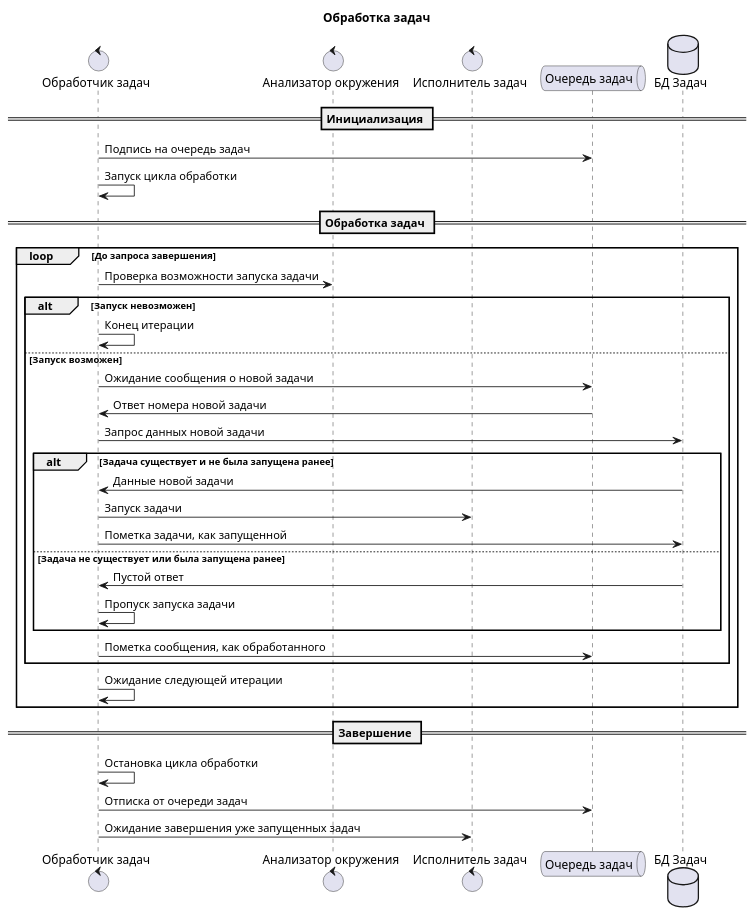
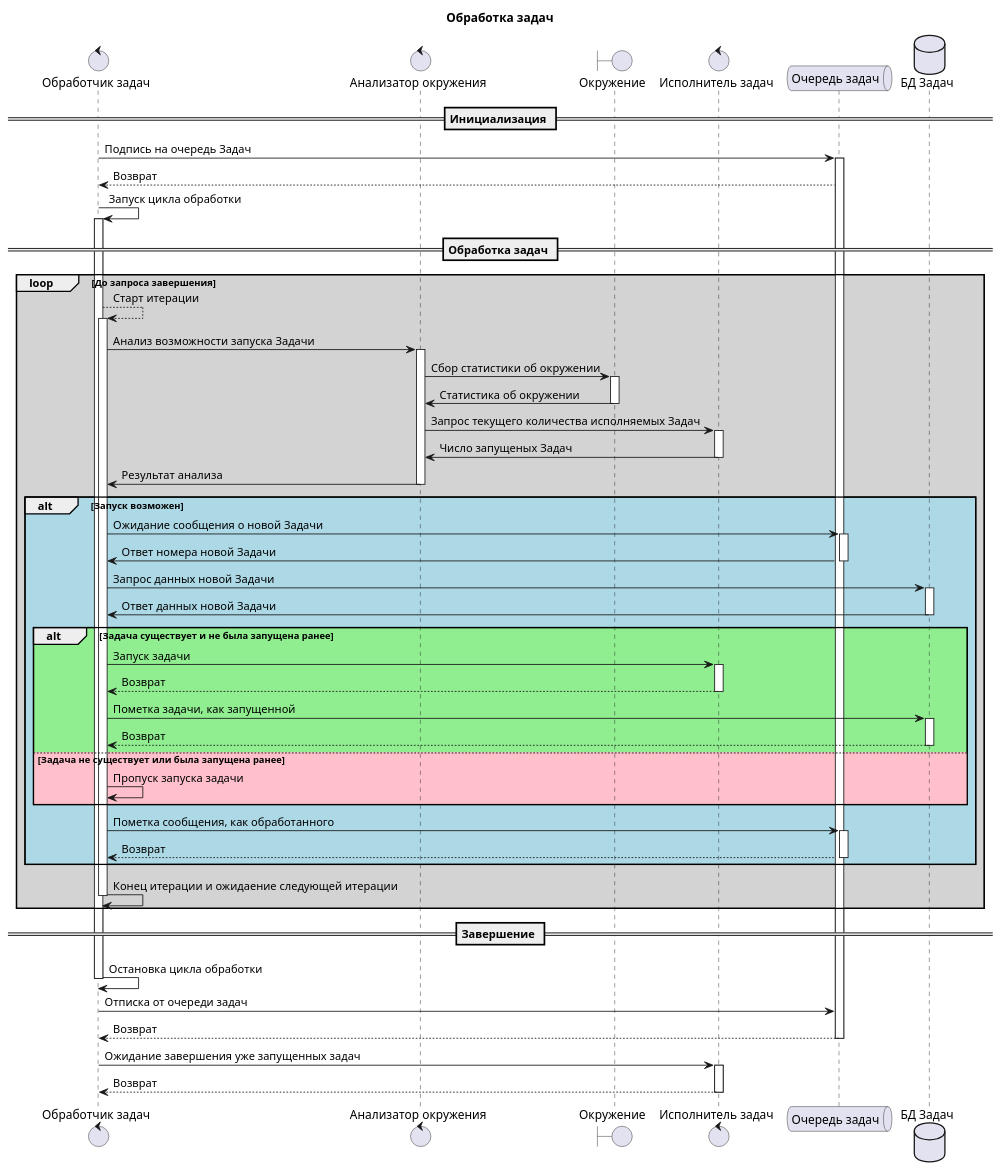
Before and after one commit to mrypdm/JobSystem: the first of 2 diagrams in docs/diagrams/sequence/Jobs.Worker.puml, drawn with PlantUML. The commit also changed other lines of this file and 2 other files, not shown here.

Commit message:
improve sequences

```diff
--- a/docs/diagrams/sequence/Jobs.Worker.puml
+++ b/docs/diagrams/sequence/Jobs.Worker.puml
@@ -1,59 +1,69 @@
 @startuml Worker loop
 
 title Обработка задач
 
 control "Обработчик задач" as WORKER
-control "Анализатор окружения" as ENV
+control "Анализатор окружения" as ENV_AN
+boundary "Окружение" as ENV
 control "Исполнитель задач" as RUNNER
 queue "Очередь задач" as KAFKA
 database "БД Задач" as DB
 
 == Инициализация ==
 
-WORKER -> KAFKA: Подпись на очередь задач
-WORKER -> WORKER: Запуск цикла обработки
+WORKER -> KAFKA++: Подпись на очередь Задач
+KAFKA --> WORKER: Возврат
+WORKER -> WORKER++: Запуск цикла обработки
 
 == Обработка задач ==
 
-loop До запроса завершения
+loop #LightGray До запроса завершения
 
-WORKER -> ENV: Проверка возможности запуска задачи
+WORKER --> WORKER++: Старт итерации
+WORKER -> ENV_AN++: Анализ возможности запуска Задачи
 
-alt Запуск невозможен
+ENV_AN -> ENV++: Сбор статистики об окружении
+ENV -> ENV_AN--: Статистика об окружении
+ENV_AN -> RUNNER++: Запрос текущего количества исполняемых Задач
+RUNNER -> ENV_AN--: Число запущеных Задач
+ENV_AN -> WORKER--: Результат анализа
 
-    WORKER -> WORKER: Конец итерации
+alt #LightBlue Запуск возможен
 
-else Запуск возможен
+    WORKER -> KAFKA++: Ожидание сообщения о новой Задачи
+    KAFKA -> WORKER--: Ответ номера новой Задачи
+    WORKER -> DB++: Запрос данных новой Задачи
+    DB -> WORKER--: Ответ данных новой Задачи
 
-    WORKER -> KAFKA: Ожидание сообщения о новой задачи
-    KAFKA -> WORKER: Ответ номера новой задачи
-    WORKER -> DB: Запрос данных новой задачи
+    alt #LightGreen Задача существует и не была запущена ранее
 
-    alt Задача существует и не была запущена ранее
+        WORKER -> RUNNER++: Запуск задачи
+        RUNNER --> WORKER--: Возврат
 
-        DB -> WORKER: Данные новой задачи
-        WORKER -> RUNNER: Запуск задачи
-        WORKER -> DB: Пометка задачи, как запущенной
+        WORKER -> DB++: Пометка задачи, как запущенной
+        DB --> WORKER--: Возврат
 
-    else Задача не существует или была запущена ранее
+    else #Pink Задача не существует или была запущена ранее
 
-        DB -> WORKER: Пустой ответ
         WORKER -> WORKER: Пропуск запуска задачи
 
     end
 
-    WORKER -> KAFKA: Пометка сообщения, как обработанного
+    WORKER -> KAFKA++: Пометка сообщения, как обработанного
+    KAFKA --> WORKER--: Возврат
 
 end
 
-    WORKER -> WORKER: Ожидание следующей итерации
+    WORKER -> WORKER--: Конец итерации и ожидаение следующей итерации
 
 end
 
 == Завершение ==
 
-WORKER -> WORKER: Остановка цикла обработки
+WORKER -> WORKER--: Остановка цикла обработки
 WORKER -> KAFKA: Отписка от очереди задач
-WORKER -> RUNNER: Ожидание завершения уже запущенных задач
+KAFKA --> WORKER--: Возврат
+WORKER -> RUNNER++: Ожидание завершения уже запущенных задач
+RUNNER --> WORKER--: Возврат
 
 @enduml
```
